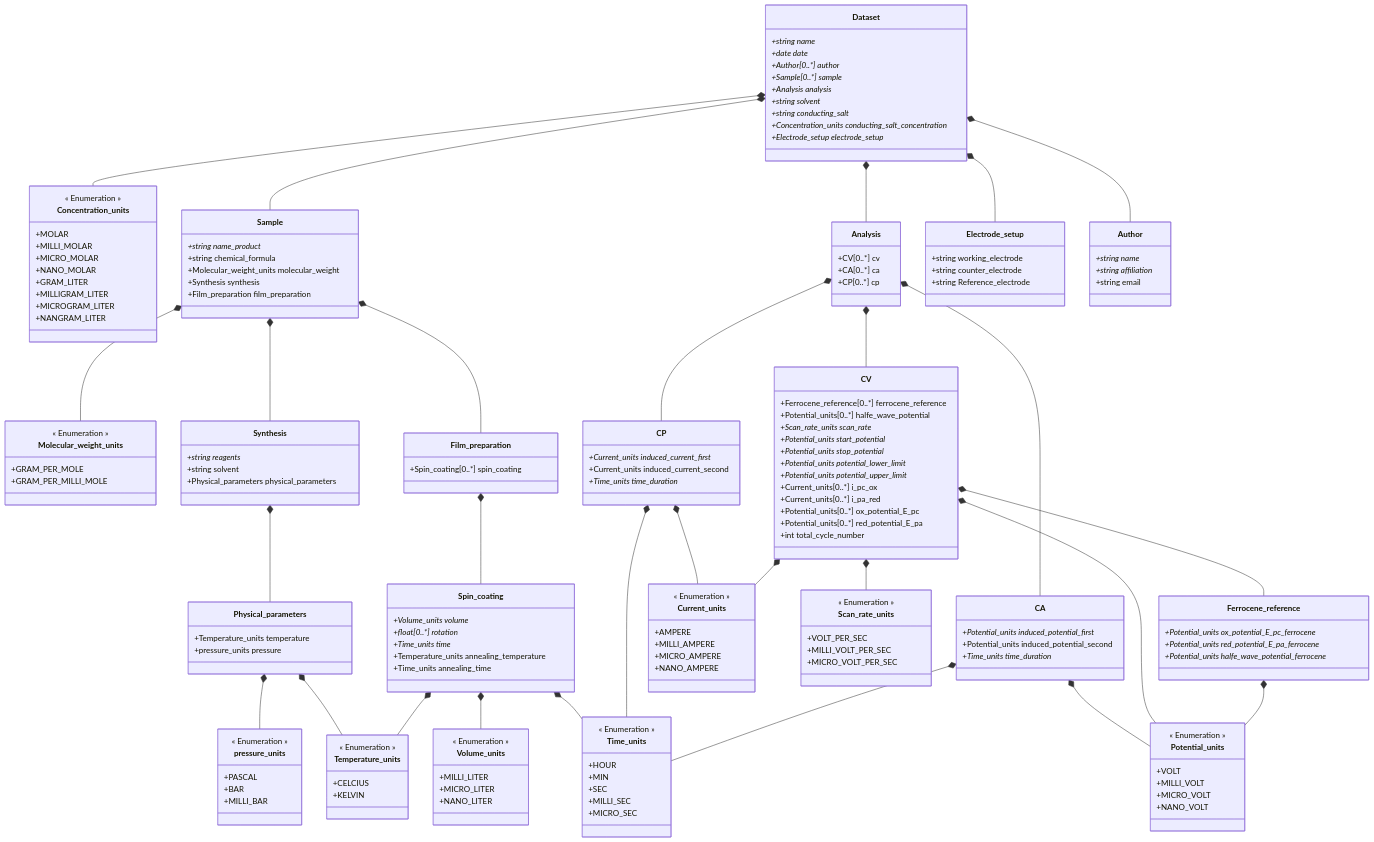
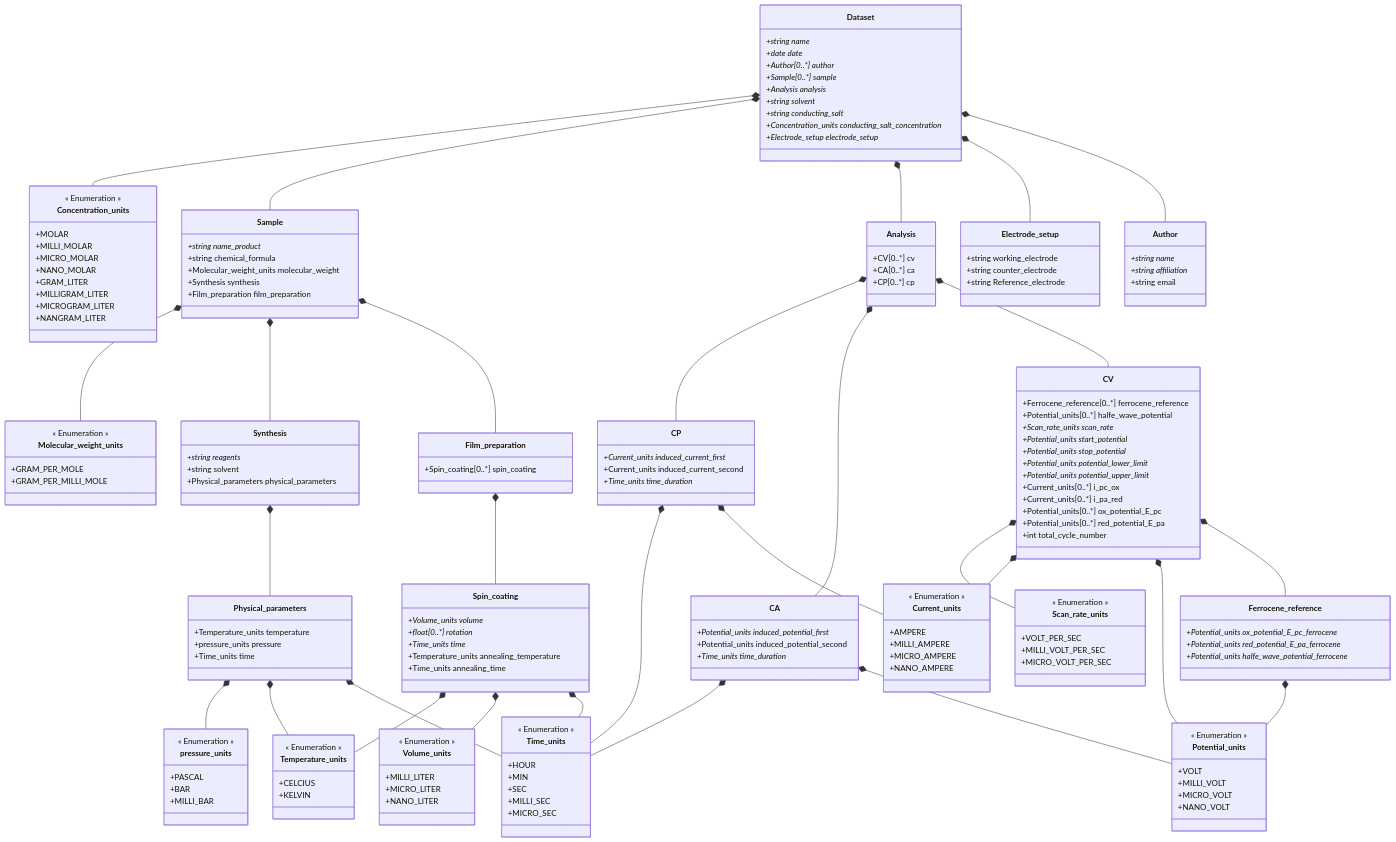
One commit to FAIRChemistry/datamodel-electrochemistry changed the diagram in ElectrochemistryDataModel/schemes/electrochemistrydatamodel_schema.md. Above: the diagram before and after it, drawn with Mermaid. The commit also changed 14 other files, not shown here.

```diff
--- a/ElectrochemistryDataModel/schemes/electrochemistrydatamodel_schema.md
+++ b/ElectrochemistryDataModel/schemes/electrochemistrydatamodel_schema.md
@@ -11,6 +11,7 @@
     Synthesis *-- Physical_parameters
     Physical_parameters *-- pressure_units
     Physical_parameters *-- Temperature_units
+    Physical_parameters *-- Time_units
     Film_preparation *-- Spin_coating
     Spin_coating *-- Temperature_units
     Spin_coating *-- Volume_units
@@ -57,6 +58,7 @@
     class Physical_parameters {
         +Temperature_units temperature
         +pressure_units pressure
+        +Time_units time
     }
     
     class Film_preparation {
```
